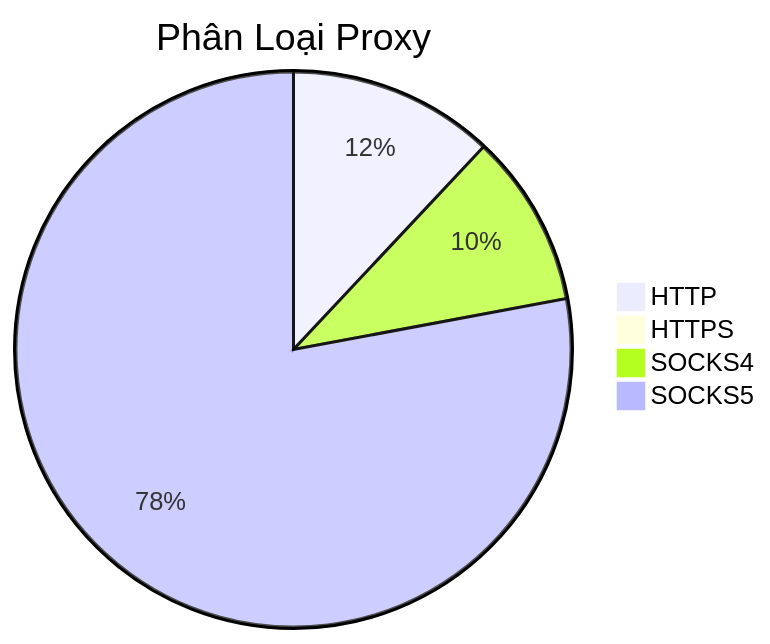
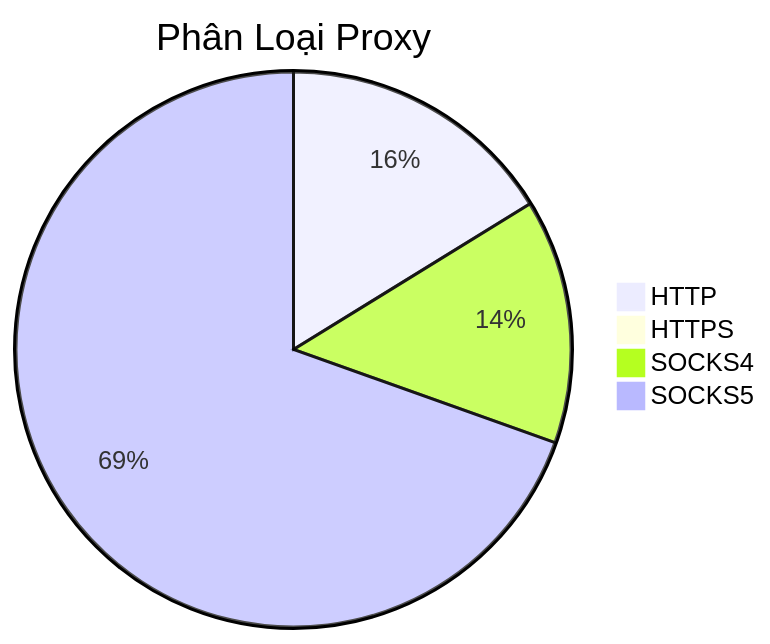
One commit to Ciara-Aa/PROXY-free changed the diagram in README.md. Above: the diagram before and after it, drawn with Mermaid. The commit also changed other lines of this file and 4 other files, not shown here.

````diff
--- a/README.md
+++ b/README.md
@@ -26,7 +26,7 @@
 ```mermaid
 pie title Phân Loại Proxy
-    "HTTP" : 388
-    "HTTPS" : 1
-    "SOCKS4" : 326
-    "SOCKS5" : 2522
+    "HTTP" : 443
+    "HTTPS" : 3
+    "SOCKS4" : 389
+    "SOCKS5" : 1901
 ```
````
